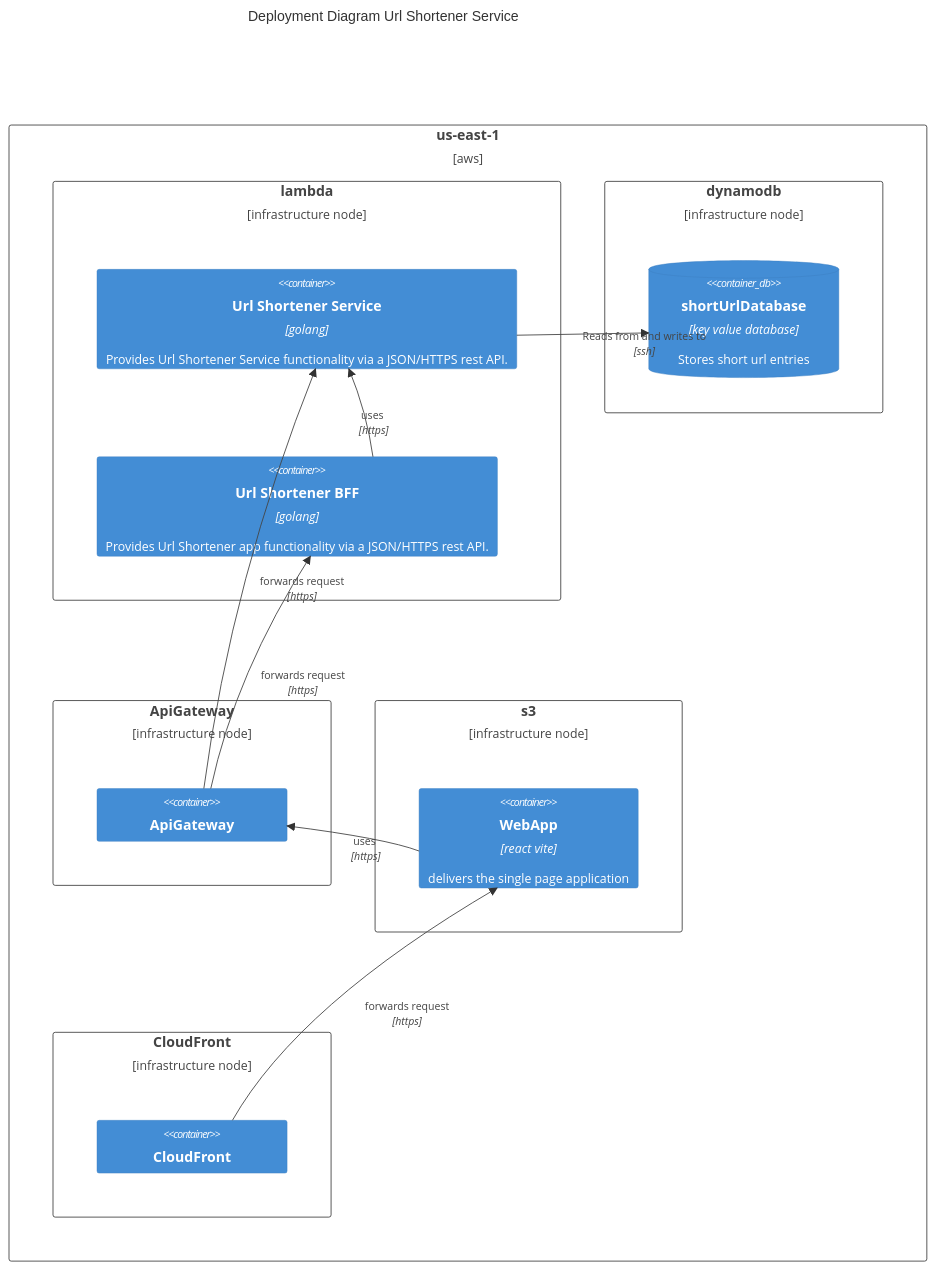
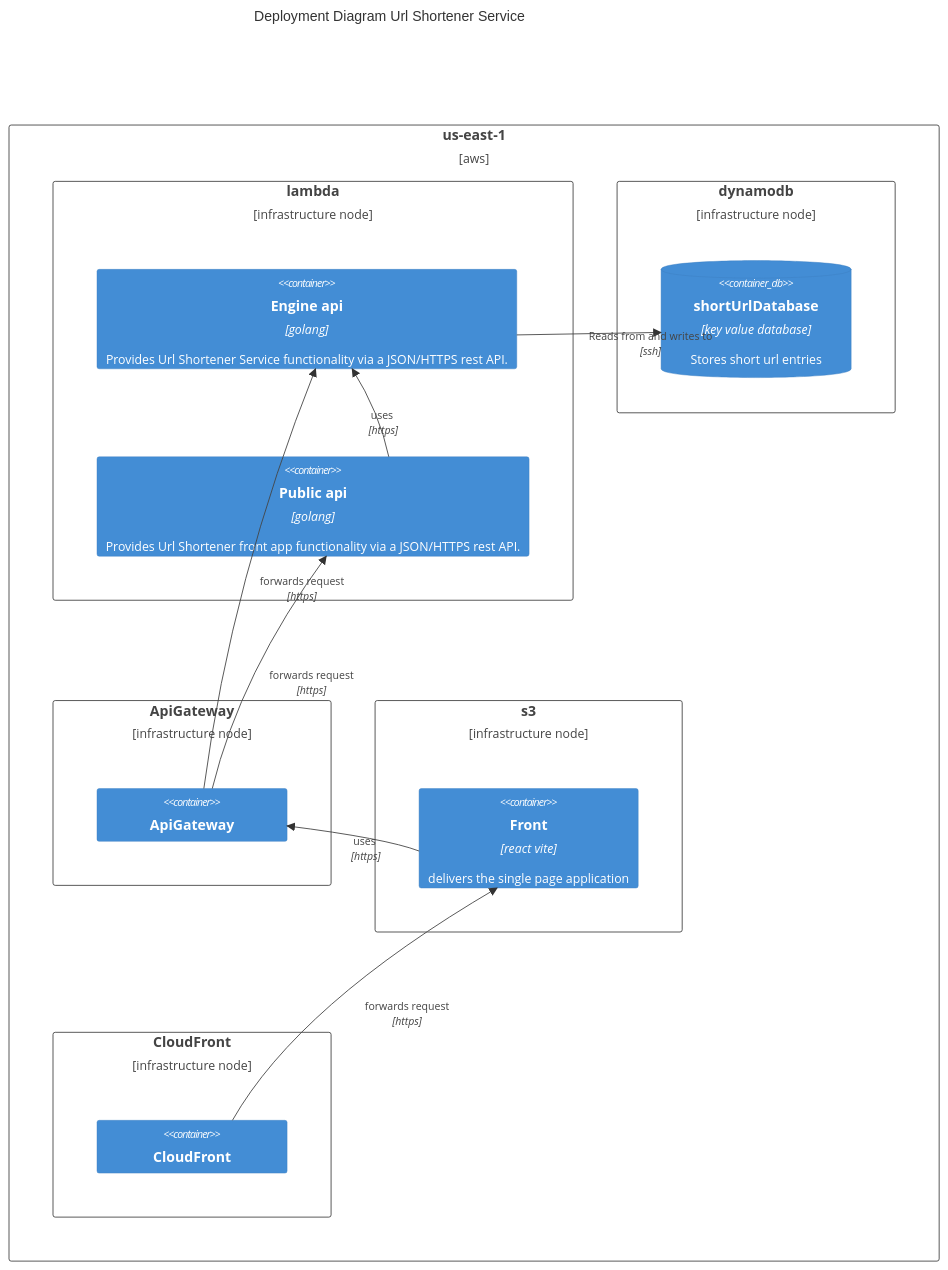
Before and after one commit to vzsoares/shortener: the diagram in docs/deployment.md, drawn with Mermaid. The commit also changed 2 other files, not shown here.

Commit message:
chore: more docs

````diff
--- a/docs/deployment.md
+++ b/docs/deployment.md
@@ -1,37 +1,37 @@
 ```mermaid
 C4Deployment
 
 title Deployment Diagram Url Shortener Service
 
 Deployment_Node(aws, "us-east-1", "aws"){
 
     Deployment_Node(lambda, "lambda", "infrastructure node"){
-        Container(sservice, "Url Shortener Service", "golang", "Provides Url Shortener Service functionality via a JSON/HTTPS rest API.")
-        Container(sapp, "Url Shortener BFF", "golang", "Provides Url Shortener app functionality via a JSON/HTTPS rest API.")
+        Container(sservice, "Engine api", "golang", "Provides Url Shortener Service functionality via a JSON/HTTPS rest API.")
+        Container(sapp, "Public api", "golang", "Provides Url Shortener front app functionality via a JSON/HTTPS rest API.")
     }
     Deployment_Node(dynamo, "dynamodb", "infrastructure node"){
             ContainerDb(db, "shortUrlDatabase", "key value database", "Stores short url entries")
     }
 
 
 
     Deployment_Node(apigateway, "ApiGateway", "infrastructure node"){
             Container(apigatewayN, "ApiGateway")
     }
     Deployment_Node(s3, "s3", "infrastructure node"){
-        Container(frontend, "WebApp", "react vite", "delivers the single page application")
+        Container(frontend, "Front", "react vite", "delivers the single page application")
     }
     Deployment_Node(cloudfront, "CloudFront", "infrastructure node"){
             Container(cloudfront, "CloudFront")
     }
 }
 
 
 Rel(sservice, db, "Reads from and writes to", "ssh")
 Rel(frontend, apigatewayN, "uses", "https")
 Rel(cloudfront, frontend, "forwards request", "https")
 Rel(sapp, sservice, "uses", "https")
 Rel(apigatewayN, sapp, "forwards request", "https")
 Rel(apigatewayN, sservice, "forwards request", "https")
 
 ```
````
